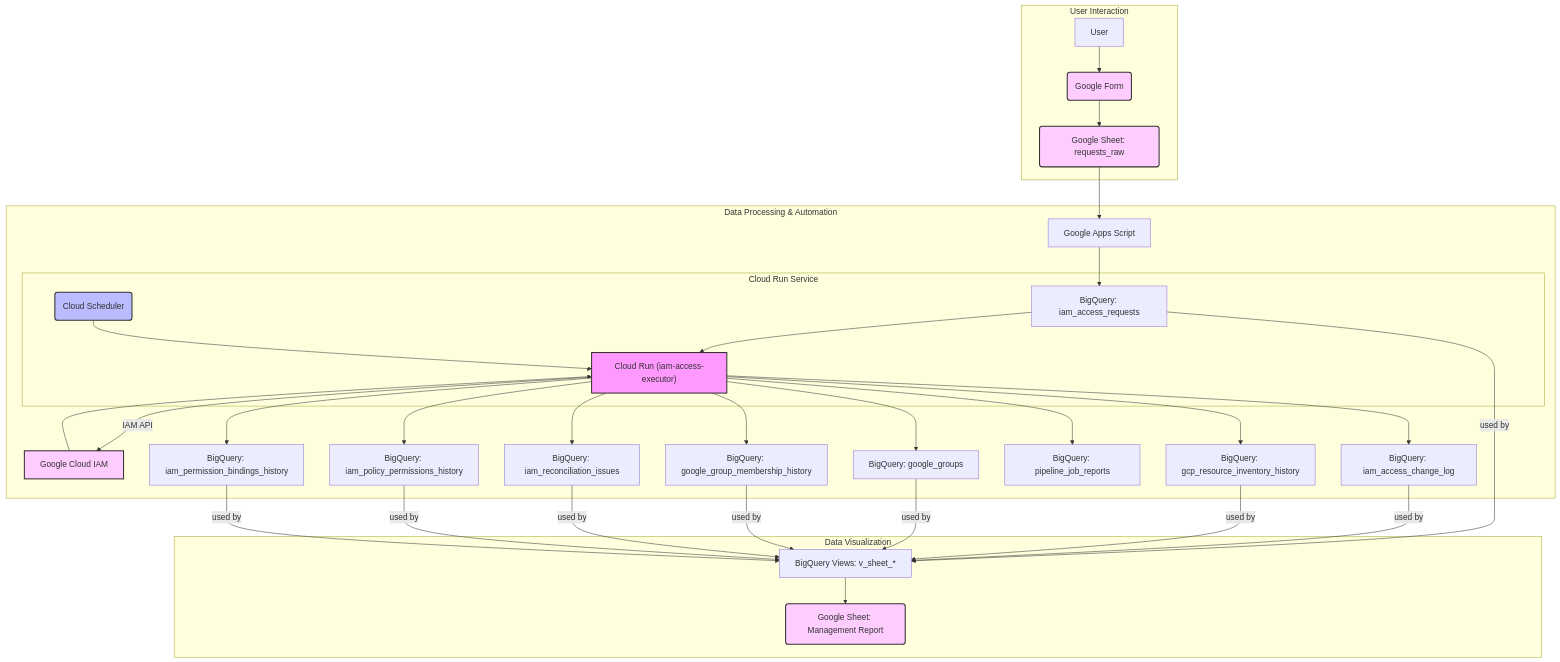
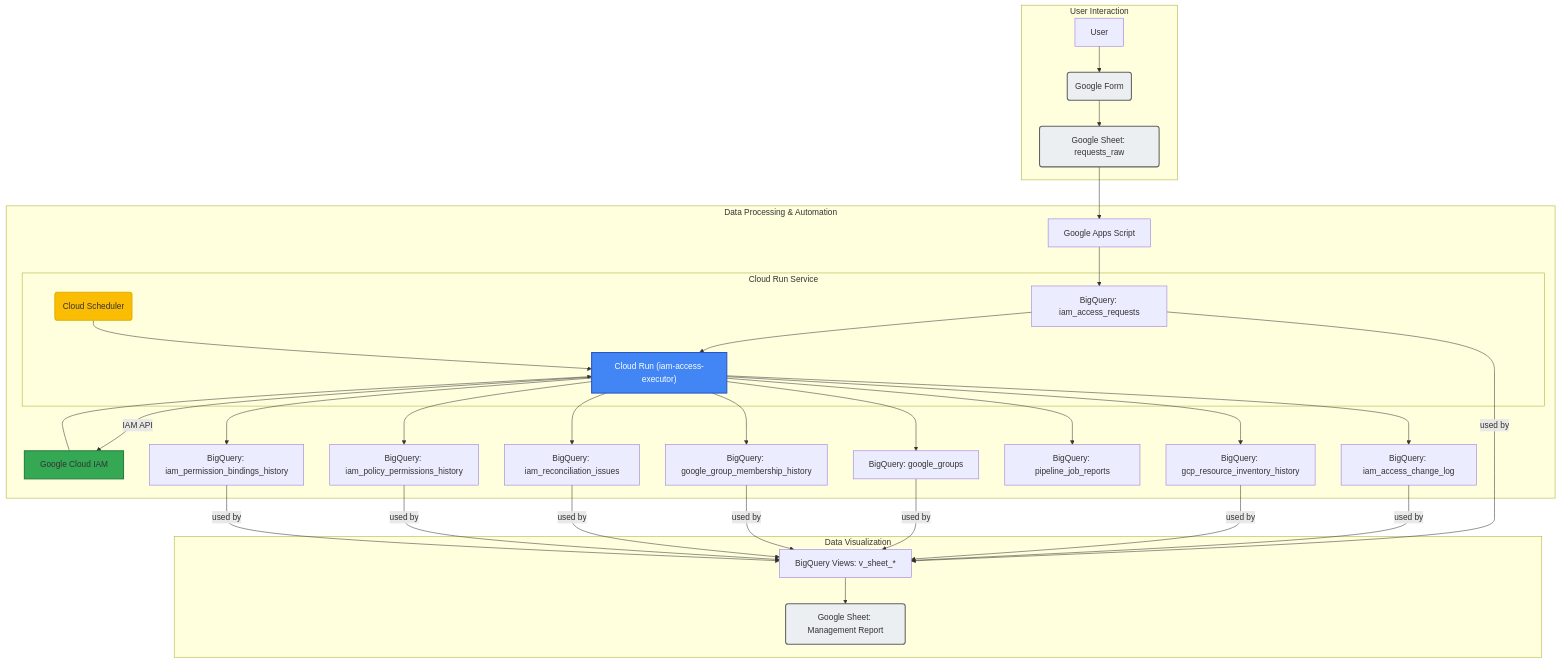
One commit to ea-Mitsuoka/cloud-access-manager changed the diagram in README.md. Above: the diagram before and after it, drawn with Mermaid.

Commit message:
style: Update Mermaid diagram colors in README.md
The Mermaid architecture diagram's color scheme in README.md has been
updated to a more modern and professional palette.

- Cloud Run (CR) uses a Google Blue-like color.
- Google Cloud IAM (G) uses a Google Green-like color.
- Cloud Scheduler (F) uses a Google Yellow-like color.
- General components (Google Form, Google Sheet) use neutral gray tones.

This change aims to improve the visual appeal and clarity of the diagram.

````diff
--- a/README.md
+++ b/README.md
@@ -20,49 +20,49 @@
 ```mermaid
 graph TD
     subgraph "User Interaction"
         A[User] --> B("Google Form");
         B --> C("Google Sheet: requests_raw");
     end
 
     subgraph "Data Processing & Automation"
         C --> D["Google Apps Script"];
         D --> E["BigQuery: iam_access_requests"];
 
         subgraph "Cloud Run Service"
             CR["Cloud Run (iam-access-executor)"];
             E --> CR;
             F("Cloud Scheduler") --> CR;
         end
 
         CR -- "IAM API" --> G["Google Cloud IAM"];
         G --> CR;
         
         CR --> H["BigQuery: iam_access_change_log"];
         CR --> I["BigQuery: gcp_resource_inventory_history"];
         CR --> J["BigQuery: google_groups"];
         CR --> K["BigQuery: google_group_membership_history"];
         CR --> L["BigQuery: iam_reconciliation_issues"];
         CR --> M["BigQuery: pipeline_job_reports"];
         CR --> N["BigQuery: iam_policy_permissions_history"];
         CR --> O["BigQuery: iam_permission_bindings_history"];
     end
 
     subgraph "Data Visualization"
         P["BigQuery Views: v_sheet_*"] --> Q("Google Sheet: Management Report");
         E -- "used by" --> P;
         H -- "used by" --> P;
         I -- "used by" --> P;
         J -- "used by" --> P;
         K -- "used by" --> P;
         L -- "used by" --> P;
         N -- "used by" --> P;
         O -- "used by" --> P;
     end
 
-    style CR fill:#f9f,stroke:#333,stroke-width:2px
-    style F fill:#bbf,stroke:#333,stroke-width:2px
-    style G fill:#fcf,stroke:#333,stroke-width:2px
-    style B fill:#fcf,stroke:#333,stroke-width:2px
-    style C fill:#fcf,stroke:#333,stroke-width:2px
-    style Q fill:#fcf,stroke:#333,stroke-width:2px
+    style CR fill:#4285F4,stroke:#2a56c4,stroke-width:2px,color:#FFFFFF
+    style F fill:#FBBC04,stroke:#e0b200,stroke-width:2px
+    style G fill:#34A853,stroke:#267d3f,stroke-width:2px
+    style B fill:#ECEFF1,stroke:#616161,stroke-width:2px
+    style C fill:#ECEFF1,stroke:#616161,stroke-width:2px
+    style Q fill:#ECEFF1,stroke:#616161,stroke-width:2px
 ```
````
